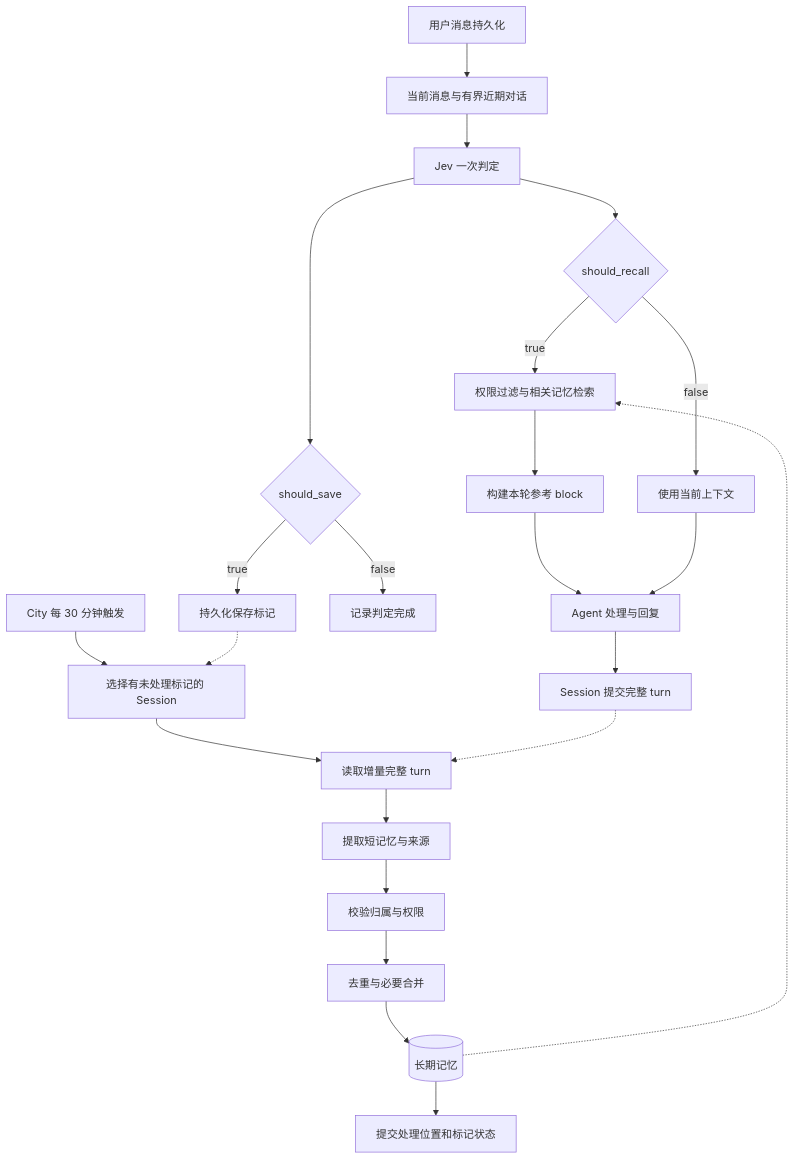
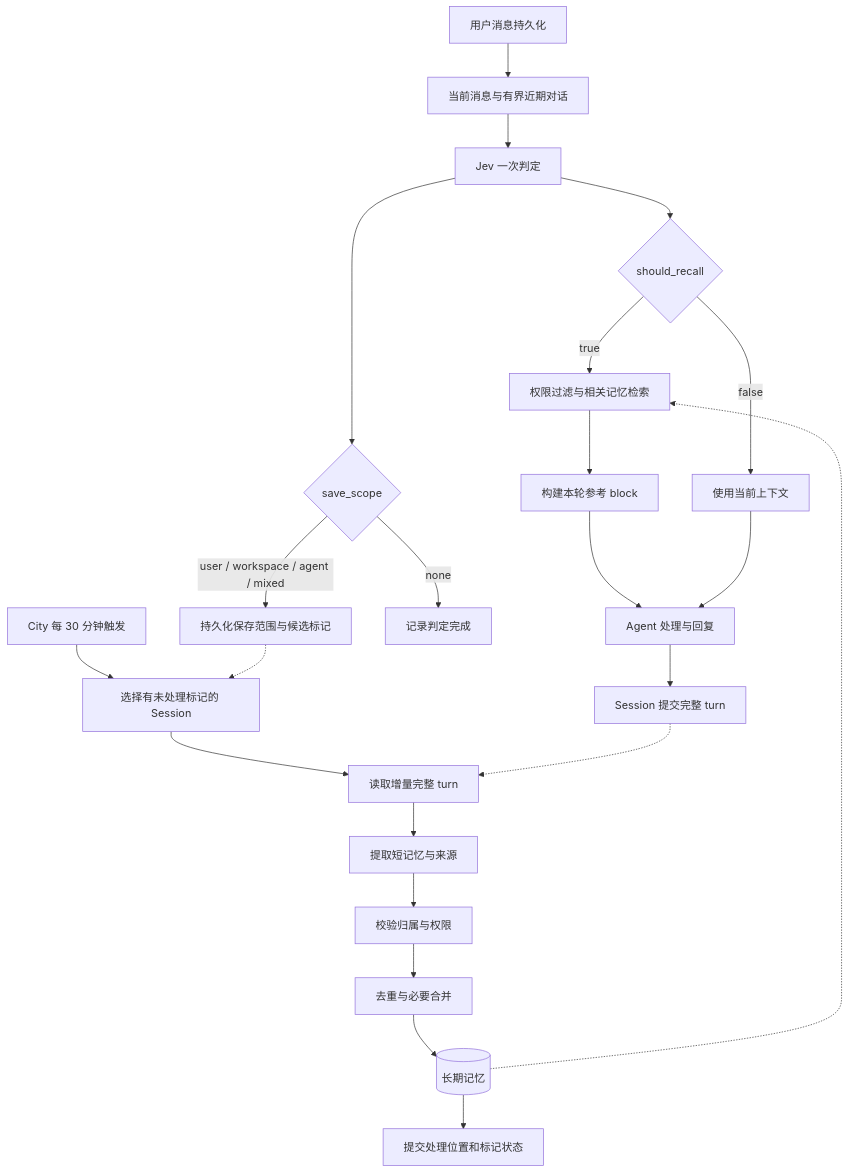
The diagram in docs/memory-message-gating-prd.md (genesiscosmos/downcity), drawn with Mermaid before and after one commit. The commit also changed other lines of this file and 40 other files, not shown here.

````diff
--- a/docs/memory-message-gating-prd.md
+++ b/docs/memory-message-gating-prd.md
@@ -51,25 +64,25 @@
 ```mermaid
 flowchart TD
     A[用户消息持久化] --> B[当前消息与有界近期对话]
     B --> C[Jev 一次判定]
     C --> D{should_recall}
     D -->|true| E[权限过滤与相关记忆检索]
     E --> F[构建本轮参考 block]
     D -->|false| G[使用当前上下文]
     F --> H[Agent 处理与回复]
     G --> H
-    C --> I{should_save}
-    I -->|true| J[持久化保存标记]
-    I -->|false| K[记录判定完成]
+    C --> I{save_scope}
+    I -->|user / workspace / agent / mixed| J[持久化保存范围与候选标记]
+    I -->|none| K[记录判定完成]
     H --> L[Session 提交完整 turn]
     M[City 每 30 分钟触发] --> N[选择有未处理标记的 Session]
     J -.-> N
     N --> O[读取增量完整 turn]
     L -.-> O
     O --> P[提取短记忆与来源]
     P --> Q[校验归属与权限]
     Q --> R[去重与必要合并]
     R --> S[(长期记忆)]
     S --> T[提交处理位置和标记状态]
     S -.-> E
 ```
````
